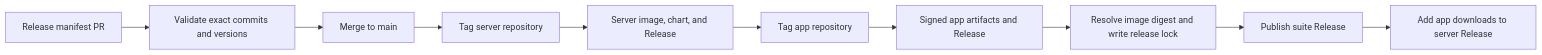
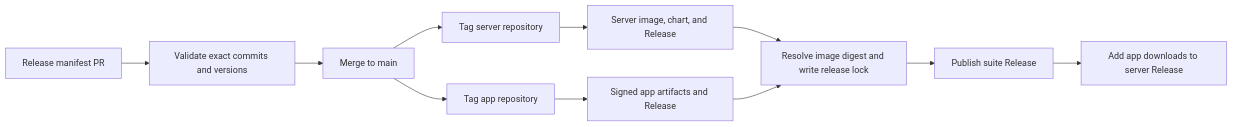
Before and after one commit to zijiren233/synctv-release: the diagram in README.md, drawn with Mermaid. The commit also changed 2 other files, not shown here.

Commit message:
release: promote suite v2026.08.8 (#14)

````diff
--- a/README.md
+++ b/README.md
@@ -13,12 +13,13 @@
 ```mermaid
 flowchart LR
   P["Release manifest PR"] --> V["Validate exact commits and versions"]
   V --> M["Merge to main"]
   M --> B["Tag server repository"]
+  M --> A["Tag app repository"]
   B --> BA["Server image, chart, and Release"]
-  BA --> A["Tag app repository"]
   A --> AA["Signed app artifacts and Release"]
-  AA --> L["Resolve image digest and write release lock"]
+  BA --> L["Resolve image digest and write release lock"]
+  AA --> L
   L --> R["Publish suite Release"]
   R --> N["Add app downloads to server Release"]
 ```
````
